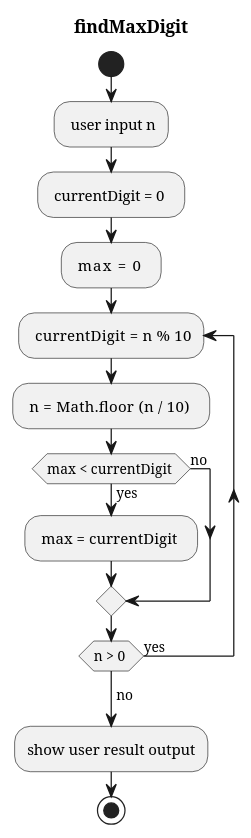
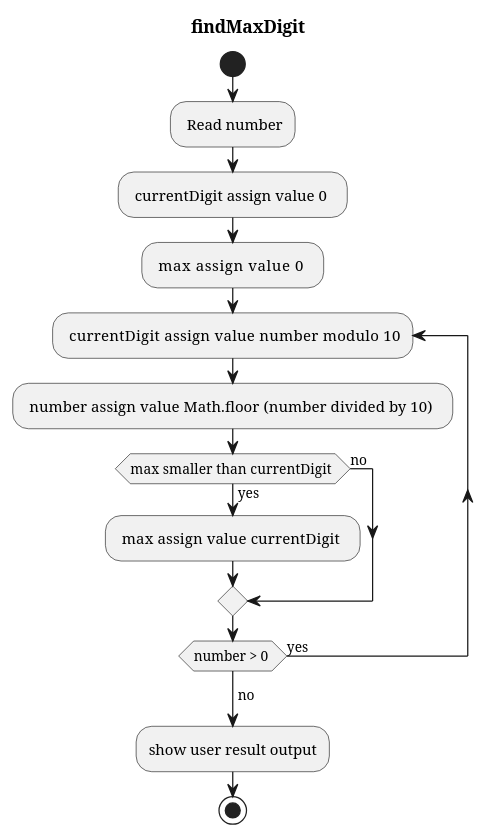
The diagram in diagram/1d.wsd (codingPhuc/B-i-t-p-nh-p-m-n-l-p-tr-nh), drawn with PlantUML before and after one commit. The commit also changed 102 other files, not shown here.

```diff
--- a/diagram/1d.wsd
+++ b/diagram/1d.wsd
@@ -1,17 +1,17 @@
 @startuml   
     title  findMaxDigit
     start
-    : user input n;
-    : currentDigit = 0  ; 
-    : max  =  0  ;  
-    repeat: currentDigit  =  n % 10;
-    : n  = Math.floor (n  / 10)  ; 
-    if(max  < currentDigit ) then (yes)
-        : max =  currentDigit  ; 
+    : Read number;
+    : currentDigit assign value  0  ; 
+    : max  assign value   0  ;  
+    repeat: currentDigit  assign value   number modulo  10;
+    : number  assign value  Math.floor (number  divided by 10)  ; 
+    if(max  smaller than  currentDigit ) then (yes)
+        : max assign value   currentDigit  ; 
     else (no) 
     endif 
-    repeat  while (n > 0 ) is(yes)
+    repeat  while (number > 0 ) is(yes)
     -> no ; 
     :show user result output;
     stop
 @enduml
```
